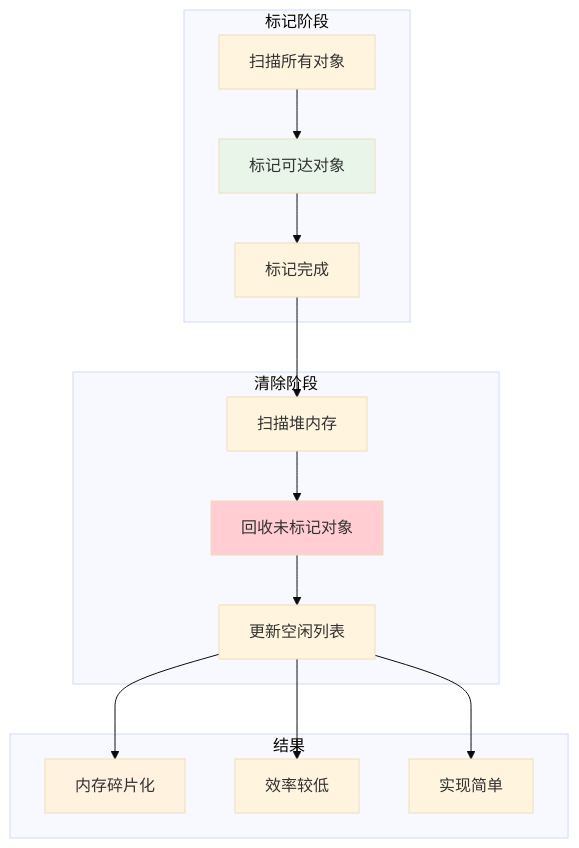
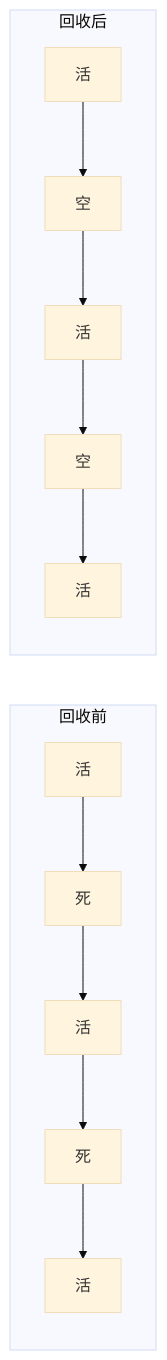
Before and after one commit to chongyang211/YCBookBlog: the sixth of 9 diagrams in 00.通用技术的提升/02.程序编程原理/04.第4卷-内存的真相/33.内存回收机制设计.md, drawn with Mermaid (base theme). The commit also changed other lines of this file and 1 other file, not shown here.

````diff
--- a/00.通用技术的提升/02.程序编程原理/04.第4卷-内存的真相/33.内存回收机制设计.md
+++ b/00.通用技术的提升/02.程序编程原理/04.第4卷-内存的真相/33.内存回收机制设计.md
@@ -655,28 +692,15 @@
 ```mermaid
-graph TB
-    subgraph "标记阶段"
-        A1[扫描所有对象] --> A2[标记可达对象]
-        A2 --> A3[标记完成]
+flowchart LR
+    subgraph Before[回收前]
+        A1[活] --> A2[死]
+        A2 --> A3[活]
+        A3 --> A4[死]
+        A4 --> A5[活]
     end
-    
-    subgraph "清除阶段"
-        B1[扫描堆内存] --> B2[回收未标记对象]
-        B2 --> B3[更新空闲列表]
+    subgraph After[回收后]
+        B1[活] --> B2[空]
+        B2 --> B3[活]
+        B3 --> B4[空]
+        B4 --> B5[活]
     end
-    
-    A3 --> B1
-    
-    subgraph "结果"
-        C1[内存碎片化]
-        C2[效率较低]
-        C3[实现简单]
-    end
-    
-    B3 --> C1
-    B3 --> C2
-    B3 --> C3
-    
-    style A2 fill:#e8f5e8
-    style B2 fill:#ffcdd2
-    style C1 fill:#fff3e0
 ```
````
